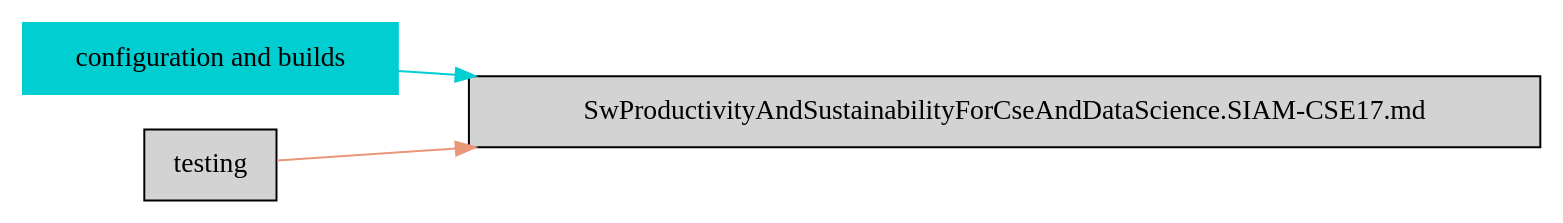
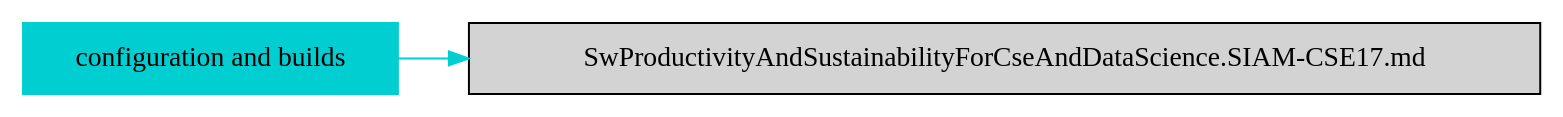
Before and after one commit to duongdo27/Dealii: the diagram in markdown/topic_configuration_and_builds.dot, drawn with Graphviz. The commit also changed 6 other files, not shown here.

```diff
--- a/markdown/topic_configuration_and_builds.dot
+++ b/markdown/topic_configuration_and_builds.dot
@@ -1,9 +1,8 @@
 digraph bettersoftware {
             rankdir = LR;
             ratio = fill;
             node [style=filled];
             node [shape = box];
 "configuration and builds" [colorscheme="svg" color="darkturquoise"];
 "configuration and builds" ->  "SwProductivityAndSustainabilityForCseAndDataScience.SIAM-CSE17.md" [colorscheme="svg" color="darkturquoise"];
-"testing" ->  "SwProductivityAndSustainabilityForCseAndDataScience.SIAM-CSE17.md" [colorscheme="svg" color="darksalmon"];
 }
```
